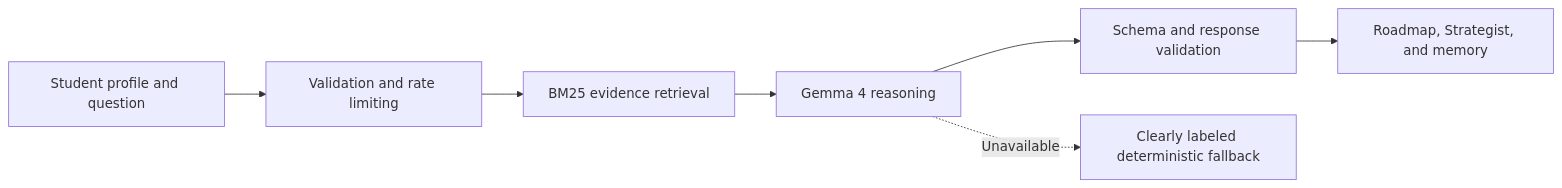
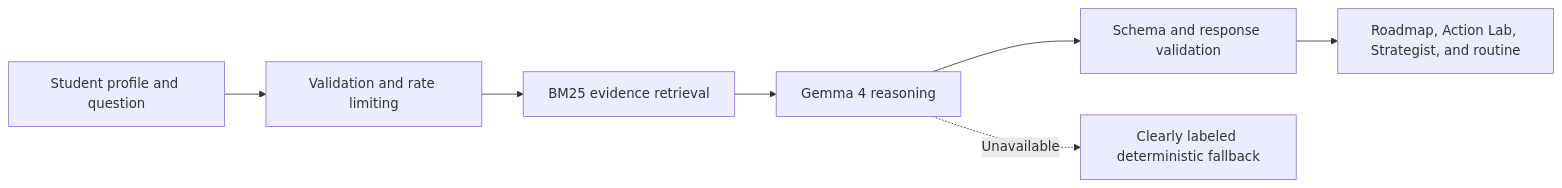
One commit to ImtiazHossain-Eshan/polaris-gemma4 changed the diagram in README.md. Above: the diagram before and after it, drawn with Mermaid. The commit also changed other lines of this file and 14 other files, not shown here.

Commit message:
Add Gemma 4 Action Lab and Bengali experience

````diff
--- a/README.md
+++ b/README.md
@@ -76,9 +94,9 @@
 ```mermaid
 flowchart LR
   A["Student profile and question"] --> B["Validation and rate limiting"]
   B --> C["BM25 evidence retrieval"]
   C --> D["Gemma 4 reasoning"]
   D --> E["Schema and response validation"]
-  E --> F["Roadmap, Strategist, and memory"]
+  E --> F["Roadmap, Action Lab, Strategist, and routine"]
   D -. "Unavailable" .-> G["Clearly labeled deterministic fallback"]
 ```
````
